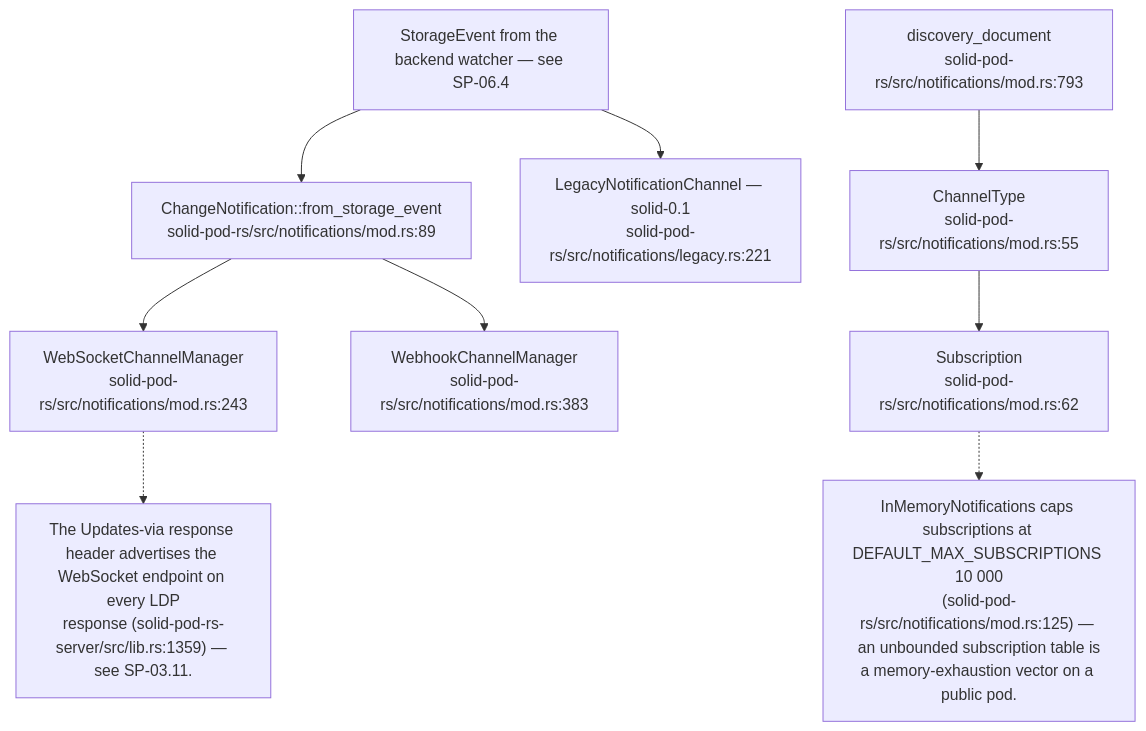
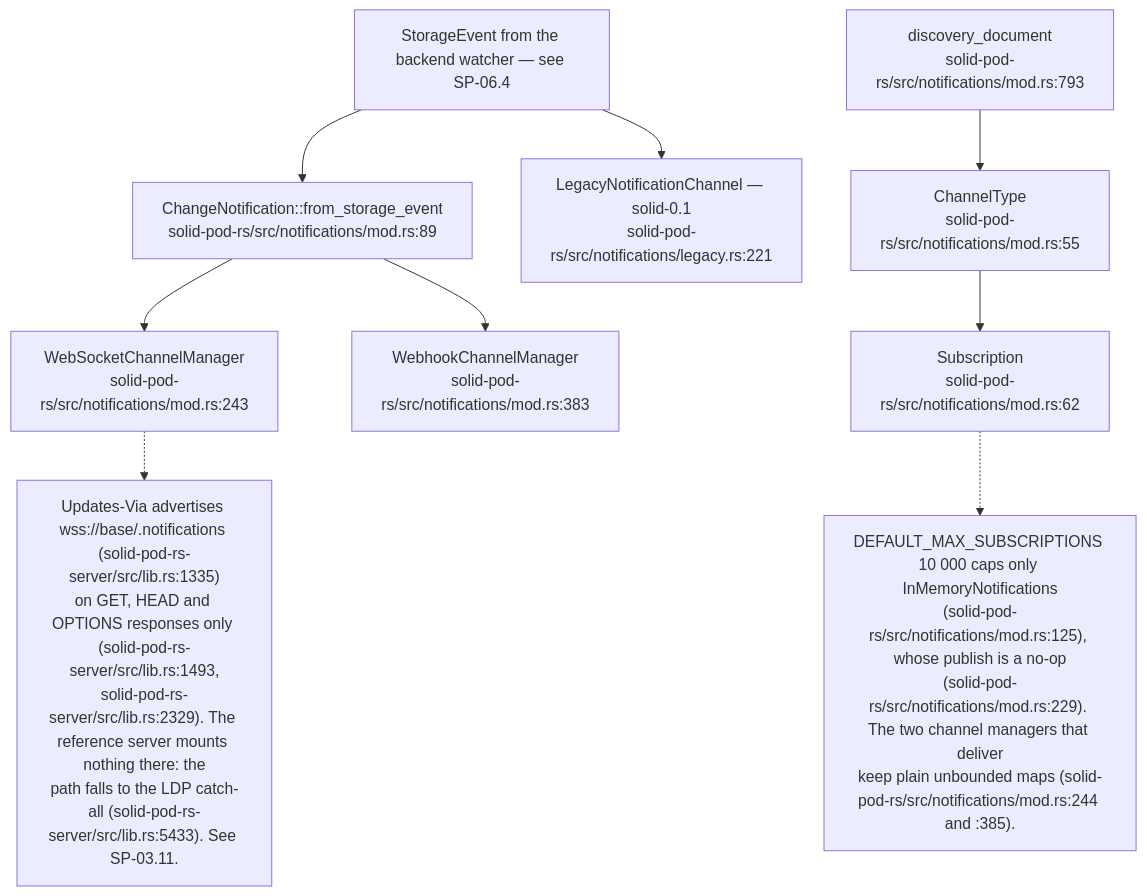
Before and after one commit to DreamLab-AI/VisionFlow: the first of 17 diagrams in docs/diagrams/solid-pod-rs/08-federation-notifications-forge-mcp.md, drawn with Mermaid. The commit also changed other lines of this file and 47 other files, not shown here.

````diff
--- a/docs/diagrams/solid-pod-rs/08-federation-notifications-forge-mcp.md
+++ b/docs/diagrams/solid-pod-rs/08-federation-notifications-forge-mcp.md
@@ -56,22 +62,22 @@
 ```mermaid
 flowchart TD
     SE["StorageEvent from the backend watcher — see SP-06.4"]
     CN["ChangeNotification::from_storage_event<br/>solid-pod-rs/src/notifications/mod.rs:89"]
     WS["WebSocketChannelManager<br/>solid-pod-rs/src/notifications/mod.rs:243"]
     WH["WebhookChannelManager<br/>solid-pod-rs/src/notifications/mod.rs:383"]
     LEG["LegacyNotificationChannel — solid-0.1<br/>solid-pod-rs/src/notifications/legacy.rs:221"]
     DISC["discovery_document<br/>solid-pod-rs/src/notifications/mod.rs:793"]
     SUB["Subscription<br/>solid-pod-rs/src/notifications/mod.rs:62"]
     CT["ChannelType<br/>solid-pod-rs/src/notifications/mod.rs:55"]
 
     SE --> CN
     CN --> WS
     CN --> WH
     SE --> LEG
     DISC --> CT --> SUB
 
-    N["InMemoryNotifications caps subscriptions at DEFAULT_MAX_SUBSCRIPTIONS 10 000<br/>(solid-pod-rs/src/notifications/mod.rs:125) — an unbounded subscription table is<br/>a memory-exhaustion vector on a public pod."]
+    N["DEFAULT_MAX_SUBSCRIPTIONS 10 000 caps only InMemoryNotifications<br/>(solid-pod-rs/src/notifications/mod.rs:125), whose publish is a no-op<br/>(solid-pod-rs/src/notifications/mod.rs:229). The two channel managers that deliver<br/>keep plain unbounded maps (solid-pod-rs/src/notifications/mod.rs:244 and :385)."]
     SUB -.-> N
-    N2["The Updates-via response header advertises the WebSocket endpoint on every LDP<br/>response (solid-pod-rs-server/src/lib.rs:1359) — see SP-03.11."]
+    N2["Updates-Via advertises wss://base/.notifications (solid-pod-rs-server/src/lib.rs:1335)<br/>on GET, HEAD and OPTIONS responses only (solid-pod-rs-server/src/lib.rs:1493,<br/>solid-pod-rs-server/src/lib.rs:2329). The reference server mounts nothing there: the<br/>path falls to the LDP catch-all (solid-pod-rs-server/src/lib.rs:5433). See SP-03.11."]
     WS -.-> N2
 ```
````
